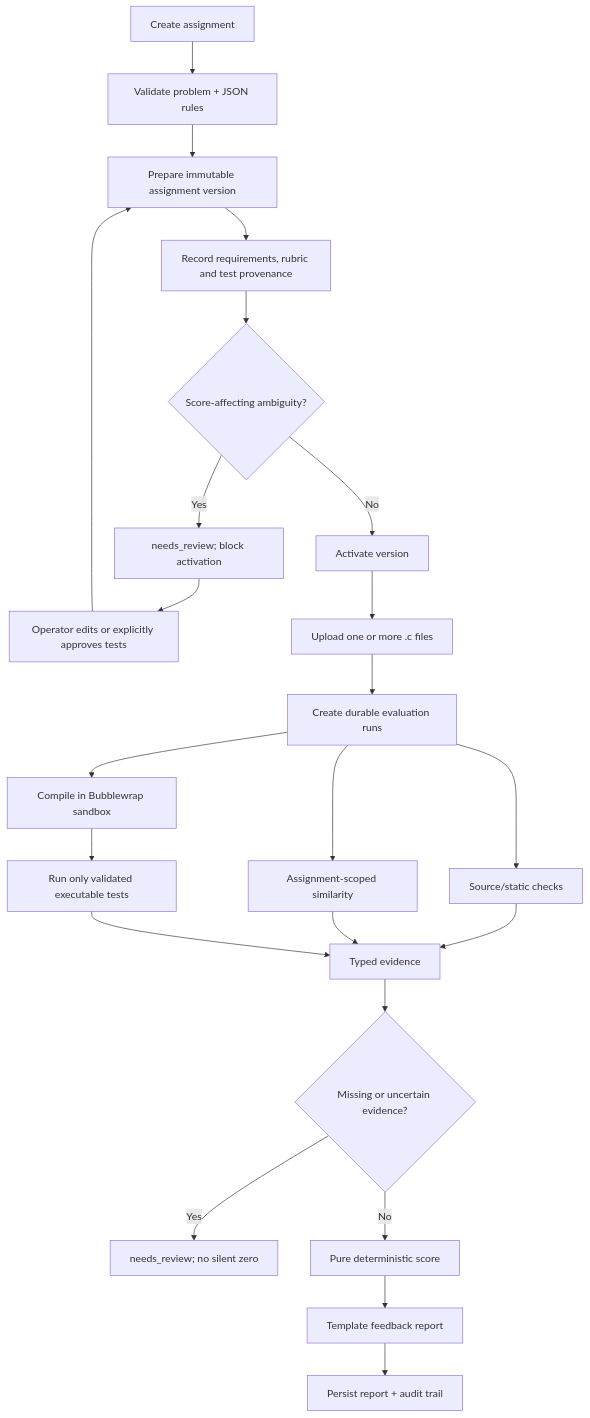
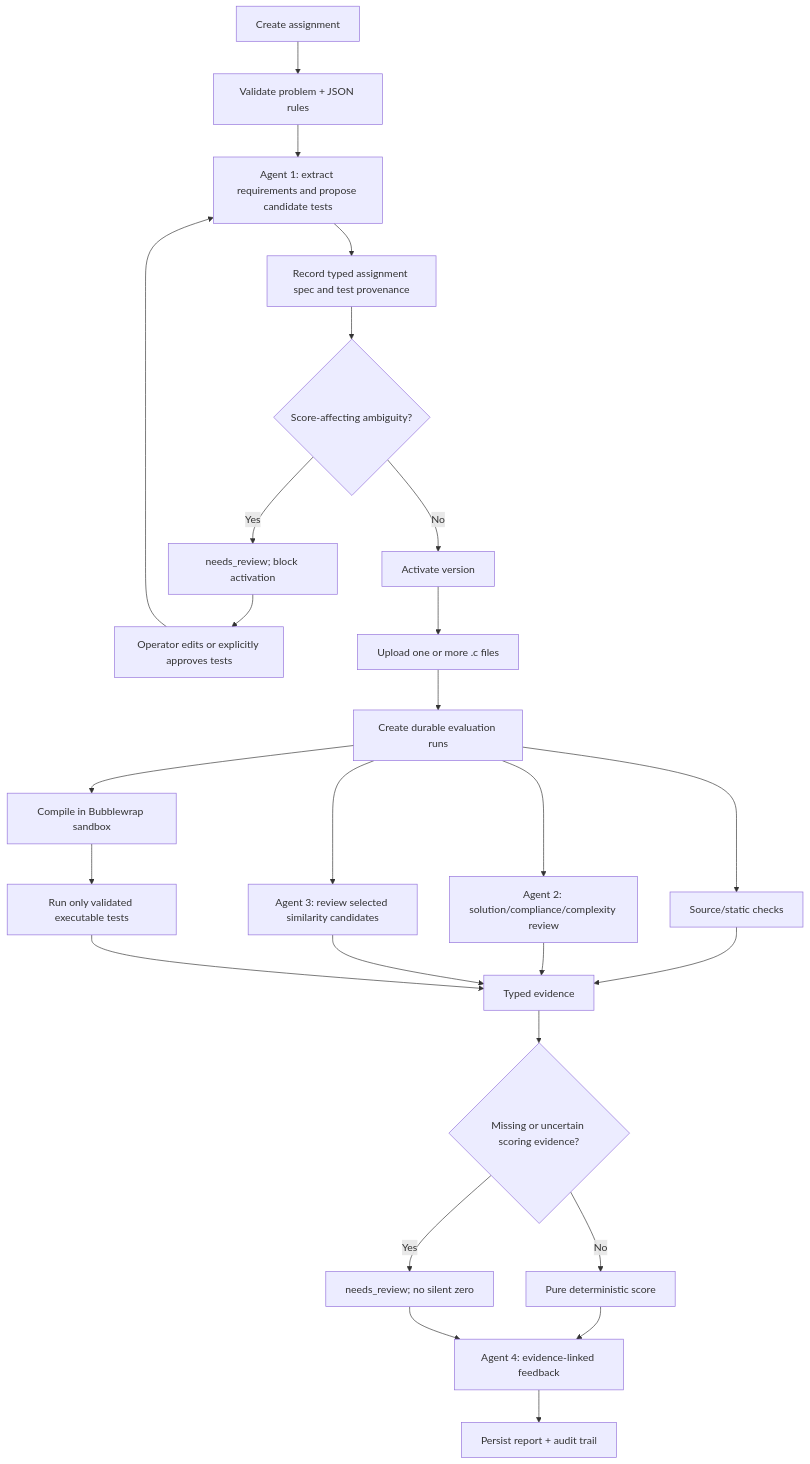
One commit to ASM010101/Agentic_AI_Evaluator changed the diagram in docs/evaluation-flow.md. Above: the diagram before and after it, drawn with Mermaid. The commit also changed other lines of this file and 28 other files, not shown here.

````diff
--- a/docs/evaluation-flow.md
+++ b/docs/evaluation-flow.md
@@ -3,25 +3,28 @@
 ```mermaid
 flowchart TD
     A[Create assignment] --> B[Validate problem + JSON rules]
-    B --> C[Prepare immutable assignment version]
-    C --> D[Record requirements, rubric and test provenance]
+    B --> C[Agent 1: extract requirements and propose candidate tests]
+    C --> D[Record typed assignment spec and test provenance]
     D --> E{Score-affecting ambiguity?}
     E -- Yes --> F[needs_review; block activation]
     E -- No --> G[Activate version]
     F --> H[Operator edits or explicitly approves tests]
     H --> C
     G --> I[Upload one or more .c files]
     I --> J[Create durable evaluation runs]
     J --> K[Compile in Bubblewrap sandbox]
     J --> L[Source/static checks]
-    J --> M[Assignment-scoped similarity]
-    K --> N[Run only validated executable tests]
-    L --> O[Typed evidence]
-    M --> O
-    N --> O
-    O --> P{Missing or uncertain evidence?}
-    P -- Yes --> Q[needs_review; no silent zero]
-    P -- No --> R[Pure deterministic score]
-    R --> S[Template feedback report]
-    S --> T[Persist report + audit trail]
+    J --> M[Agent 2: solution/compliance/complexity review]
+    J --> N[Agent 3: review selected similarity candidates]
+    K --> O[Run only validated executable tests]
+    L --> P[Typed evidence]
+    M --> P
+    N --> P
+    O --> P
+    P --> Q{Missing or uncertain scoring evidence?}
+    Q -- Yes --> R[needs_review; no silent zero]
+    Q -- No --> S[Pure deterministic score]
+    S --> T[Agent 4: evidence-linked feedback]
+    R --> T
+    T --> U[Persist report + audit trail]
 ```
````
